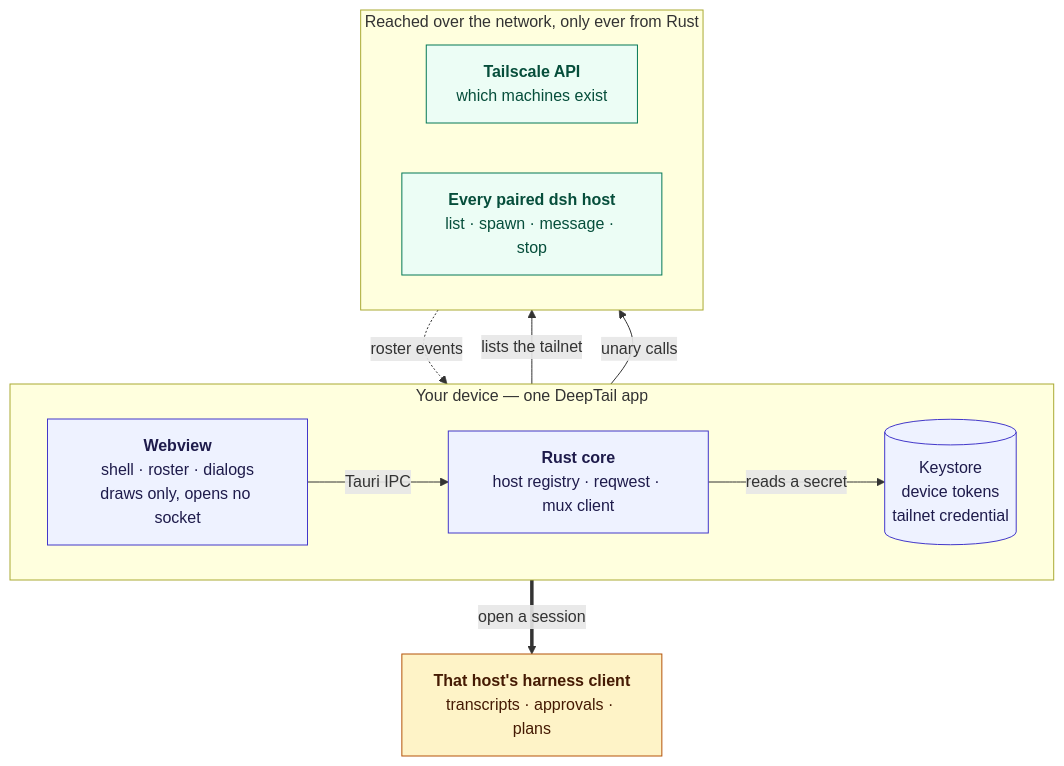
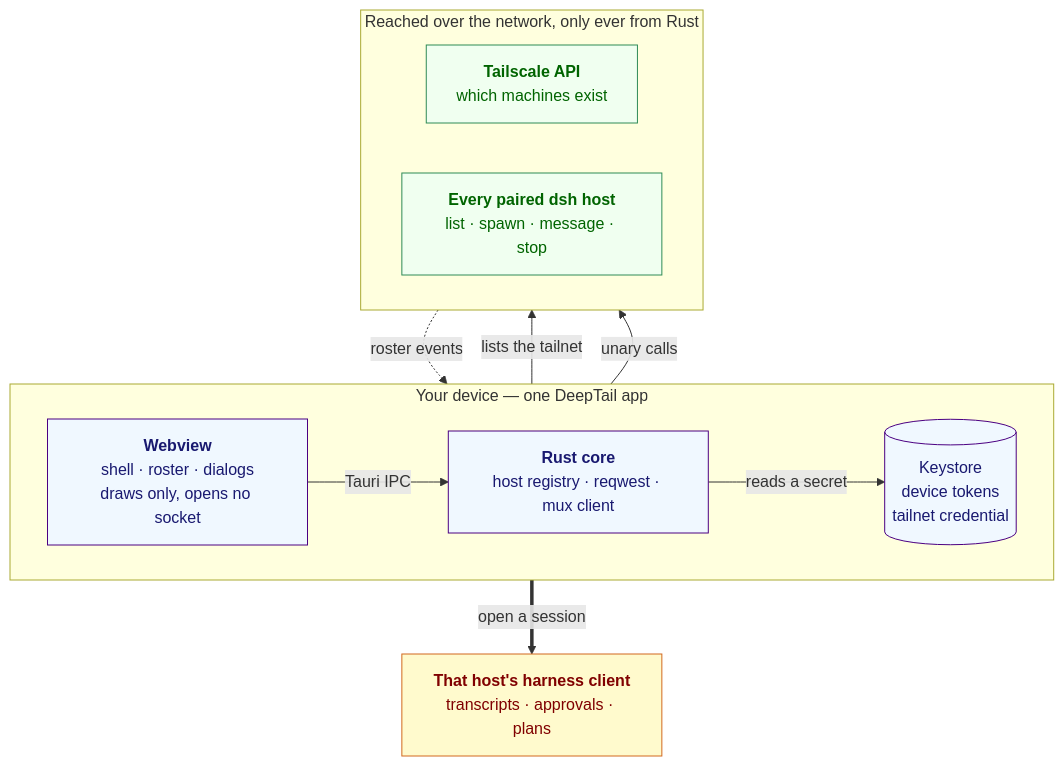
Before and after one commit to d4551/DeepTail: the diagram in README.md, drawn with Mermaid. The commit also changed other lines of this file and 46 other files, not shown here.

````diff
--- a/README.md
+++ b/README.md
@@ -46,29 +46,29 @@
 ```mermaid
 flowchart TB
   subgraph device["Your device — one DeepTail app"]
     direction LR
     ui["<b>Webview</b><br/>shell · roster · dialogs<br/>draws only, opens no socket"]
     rust["<b>Rust core</b><br/>host registry · reqwest · mux client"]
     store[("Keystore<br/>device tokens<br/>tailnet credential")]
     ui -->|"Tauri IPC"| rust
     rust -->|"reads a secret"| store
   end
 
   subgraph network["Reached over the network, only ever from Rust"]
     direction LR
     tailscale["<b>Tailscale API</b><br/>which machines exist"]
     hosts["<b>Every paired dsh host</b><br/>list · spawn · message · stop"]
   end
 
   rust -->|"lists the tailnet"| tailscale
   rust -->|"unary calls"| hosts
   hosts -.->|"roster events"| rust
   ui ==>|"open a session"| client["<b>That host's harness client</b><br/>transcripts · approvals · plans"]
 
-  classDef inside fill:#eef2ff,stroke:#4338ca,color:#1e1b4b
-  classDef host fill:#ecfdf5,stroke:#047857,color:#064e3b
-  classDef hand fill:#fef3c7,stroke:#b45309,color:#451a03
+  classDef inside fill:aliceblue,stroke:indigo,color:midnightblue
+  classDef host fill:honeydew,stroke:seagreen,color:darkgreen
+  classDef hand fill:lemonchiffon,stroke:chocolate,color:maroon
   class ui,rust,store inside
   class hosts,tailscale host
   class client hand
 ```
````
